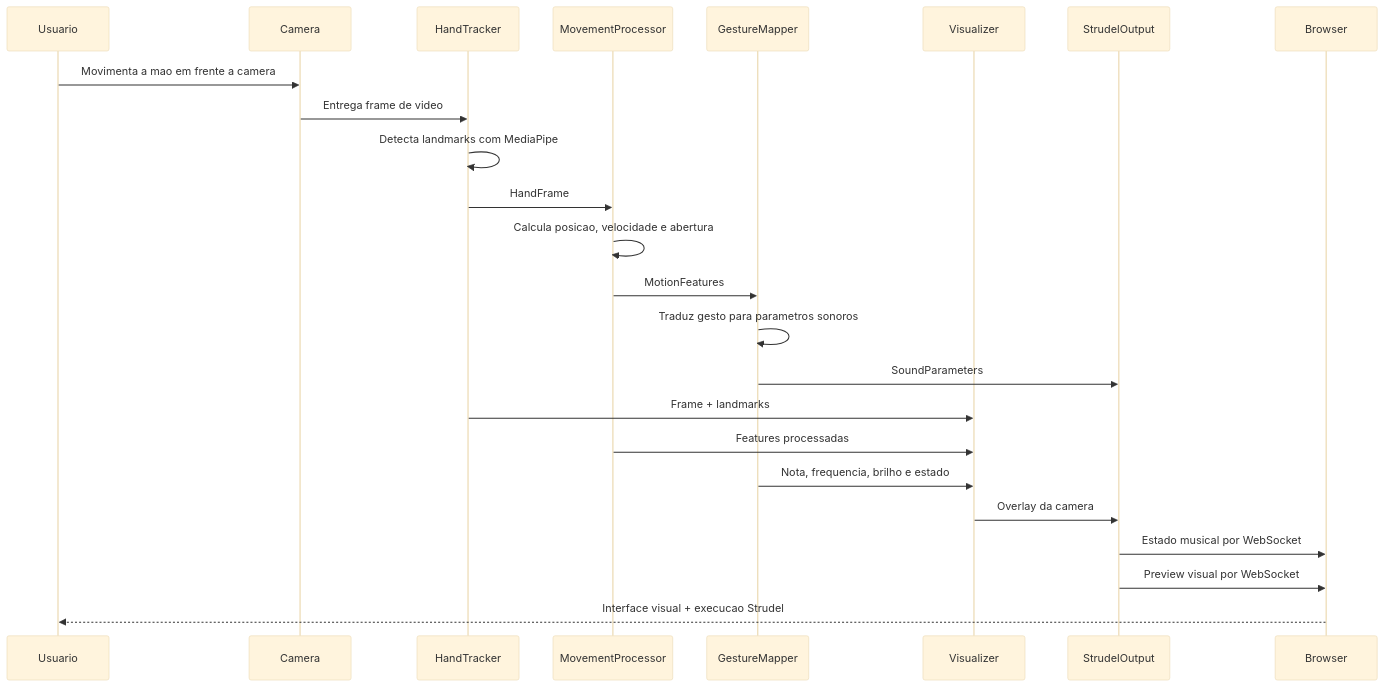
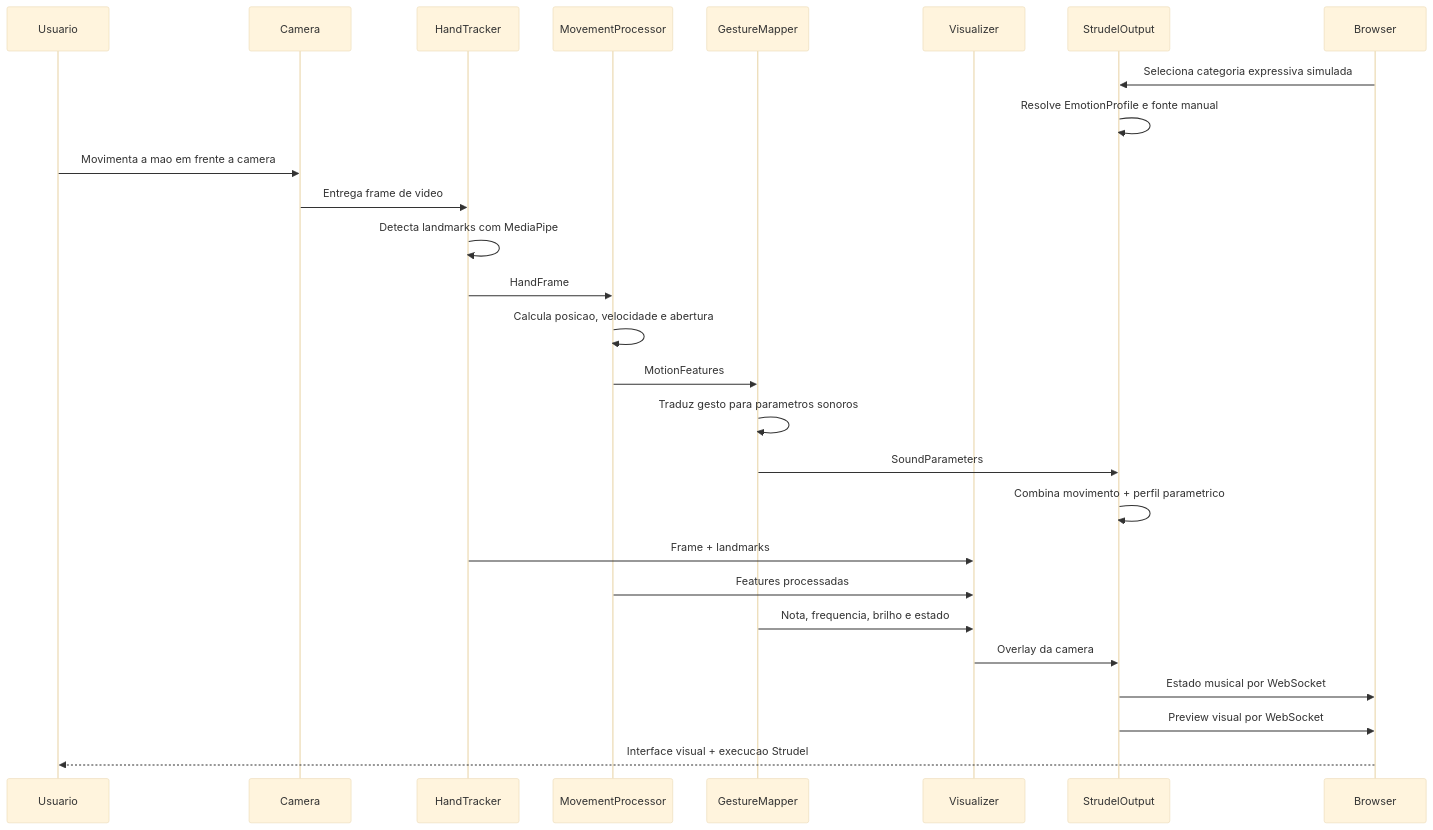
The second of 3 diagrams in docs/architecture.md (lavsouza/TCC), drawn with Mermaid (base theme) before and after one commit. The commit also changed other lines of this file and 24 other files, not shown here.

````diff
--- a/docs/architecture.md
+++ b/docs/architecture.md
@@ -45,27 +47,30 @@
 ```mermaid
 sequenceDiagram
     participant U as Usuario
     participant C as Camera
     participant H as HandTracker
     participant P as MovementProcessor
     participant M as GestureMapper
     participant V as Visualizer
     participant O as StrudelOutput
     participant B as Browser
 
+    B->>O: Seleciona categoria expressiva simulada
+    O->>O: Resolve EmotionProfile e fonte manual
     U->>C: Movimenta a mao em frente a camera
     C->>H: Entrega frame de video
     H->>H: Detecta landmarks com MediaPipe
     H->>P: HandFrame
     P->>P: Calcula posicao, velocidade e abertura
     P->>M: MotionFeatures
     M->>M: Traduz gesto para parametros sonoros
     M->>O: SoundParameters
+    O->>O: Combina movimento + perfil parametrico
     H->>V: Frame + landmarks
     P->>V: Features processadas
     M->>V: Nota, frequencia, brilho e estado
     V->>O: Overlay da camera
     O->>B: Estado musical por WebSocket
     O->>B: Preview visual por WebSocket
     B-->>U: Interface visual + execucao Strudel
 ```
````
